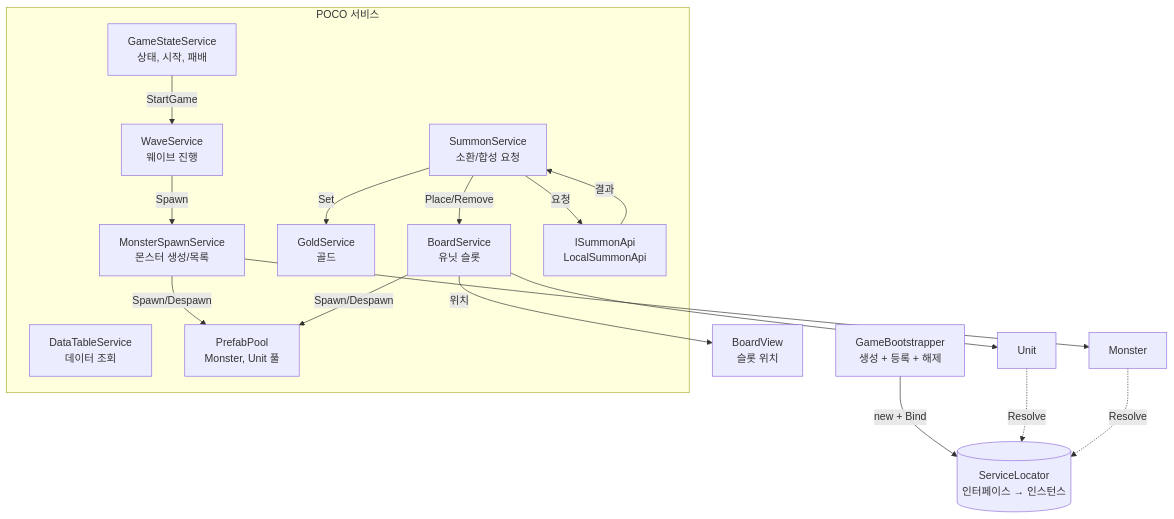
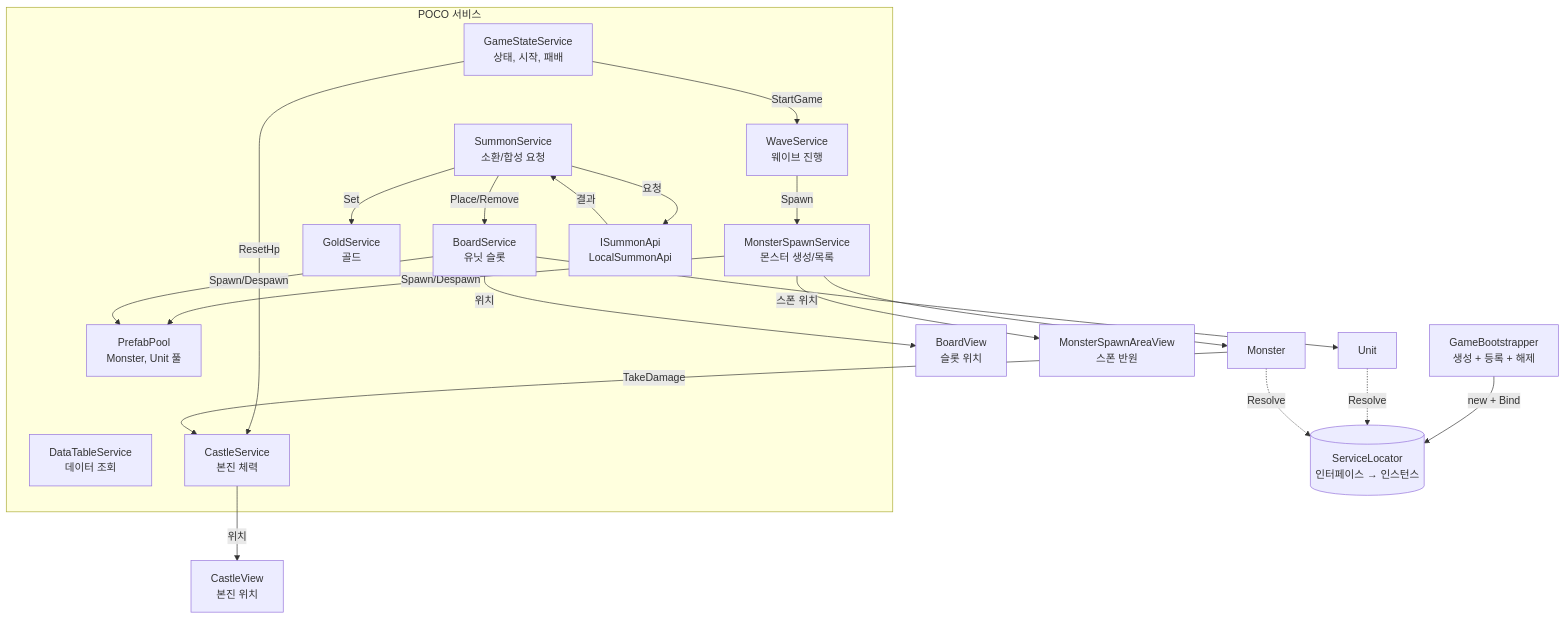
The first of 4 diagrams in Docs/Design/02_클라이언트_아키텍처.md (UihwanLee/CasualGameProject), drawn with Mermaid before and after one commit. The commit also changed other lines of this file and 2 other files, not shown here.

````diff
--- a/Docs/Design/02_클라이언트_아키텍처.md
+++ b/Docs/Design/02_클라이언트_아키텍처.md
@@ -10,36 +10,43 @@
 ```mermaid
 flowchart TB
     Boot[GameBootstrapper<br/>생성 + 등록 + 해제]
     Locator[(ServiceLocator<br/>인터페이스 → 인스턴스)]
 
     subgraph Service[POCO 서비스]
         GS[GameStateService<br/>상태, 시작, 패배]
         DT[DataTableService<br/>데이터 조회]
         Pool[PrefabPool<br/>Monster, Unit 풀]
         Wave[WaveService<br/>웨이브 진행]
         MS[MonsterSpawnService<br/>몬스터 생성/목록]
         Gold[GoldService<br/>골드]
+        Castle[CastleService<br/>본진 체력]
         Board[BoardService<br/>유닛 슬롯]
         Sum[SummonService<br/>소환/합성 요청]
         Api[ISummonApi<br/>LocalSummonApi]
     end
 
     BoardView[BoardView<br/>슬롯 위치]
+    CastleView[CastleView<br/>본진 위치]
+    AreaView[MonsterSpawnAreaView<br/>스폰 반원]
     Monster[Monster]
     Unit[Unit]
 
     Boot -->|new + Bind| Locator
     GS -->|StartGame| Wave
+    GS -->|ResetHp| Castle
+    Castle -->|위치| CastleView
     Wave -->|Spawn| MS
     MS -->|Spawn/Despawn| Pool
+    MS -->|스폰 위치| AreaView
     MS --> Monster
     Sum -->|요청| Api
     Api -->|결과| Sum
     Sum -->|Place/Remove| Board
     Sum -->|Set| Gold
     Board -->|Spawn/Despawn| Pool
     Board -->|위치| BoardView
     Board --> Unit
     Unit -.->|Resolve| Locator
     Monster -.->|Resolve| Locator
+    Monster -->|TakeDamage| Castle
 ```
````
